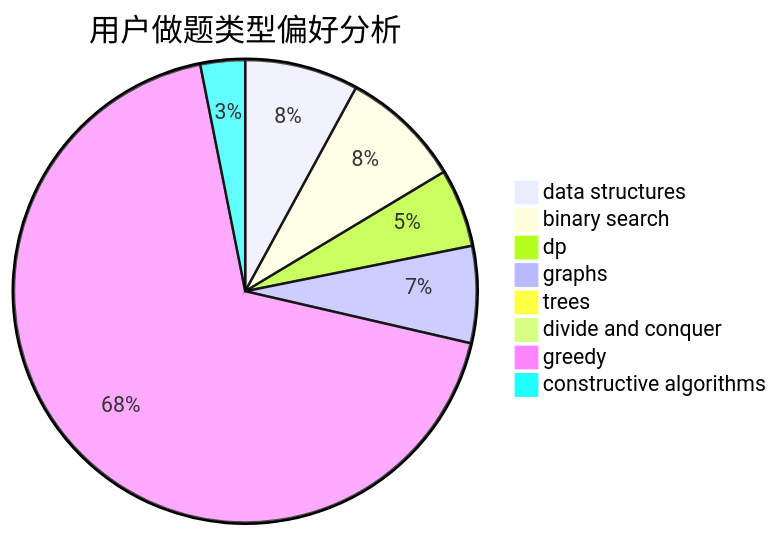
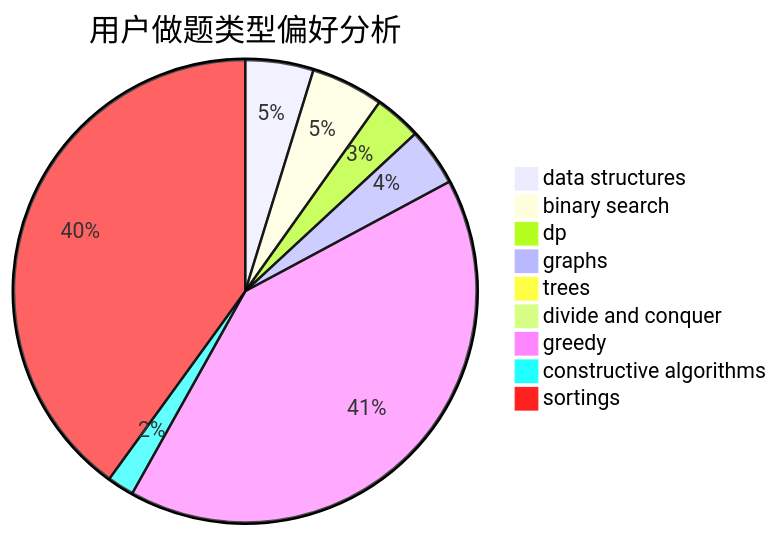
One commit to sherpahu/cfrs.github.io changed the second of 3 diagrams in docs/user/u28.md. Above: the diagram before and after it, drawn with Mermaid. The commit also changed other lines of this file and 2769 other files, not shown here.

````diff
--- a/docs/user/u28.md
+++ b/docs/user/u28.md
@@ -23,11 +18,12 @@
 ```mermaid
 pie title 用户做题类型偏好分析
     "data structures" :  61
     "binary search" :  65
     "dp" :  42
     "graphs" :  52
     "trees" :  0
     "divide and conquer" :  0
     "greedy" :  525
     "constructive algorithms" :  24
+    "sortings" :  513
 ```
````
